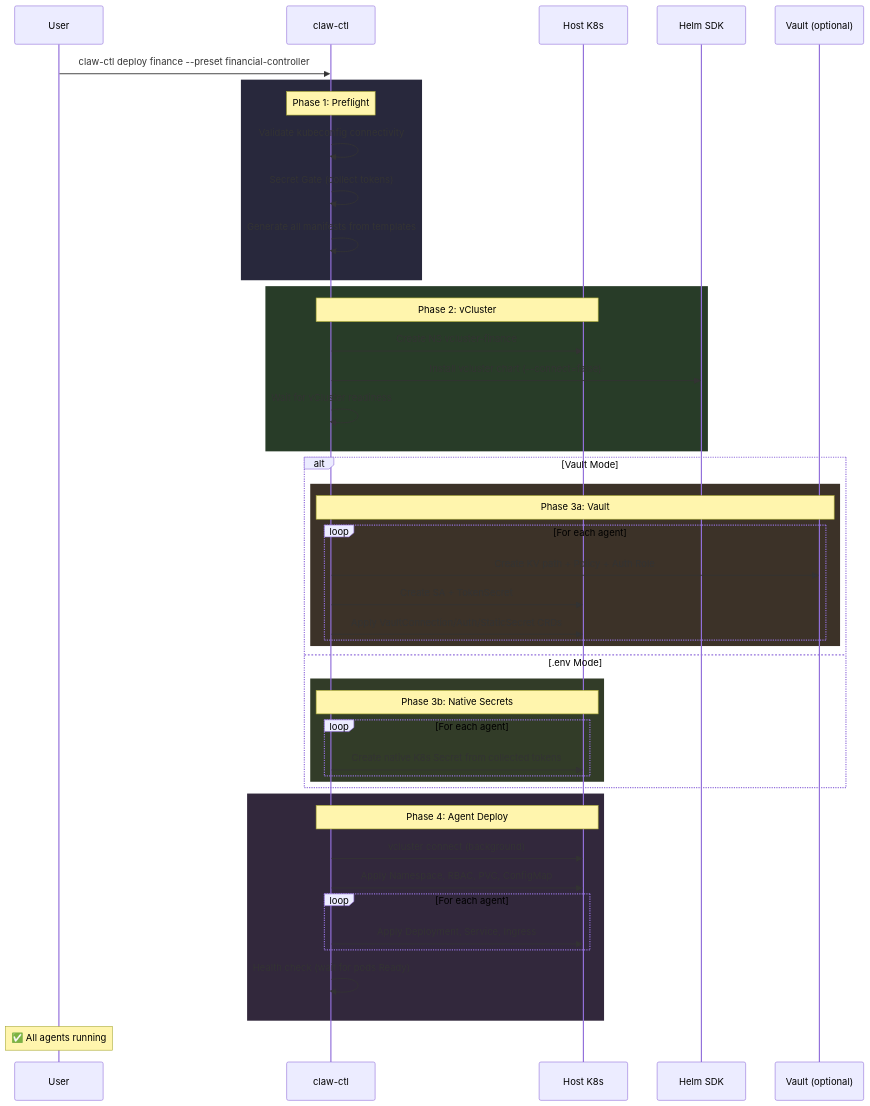
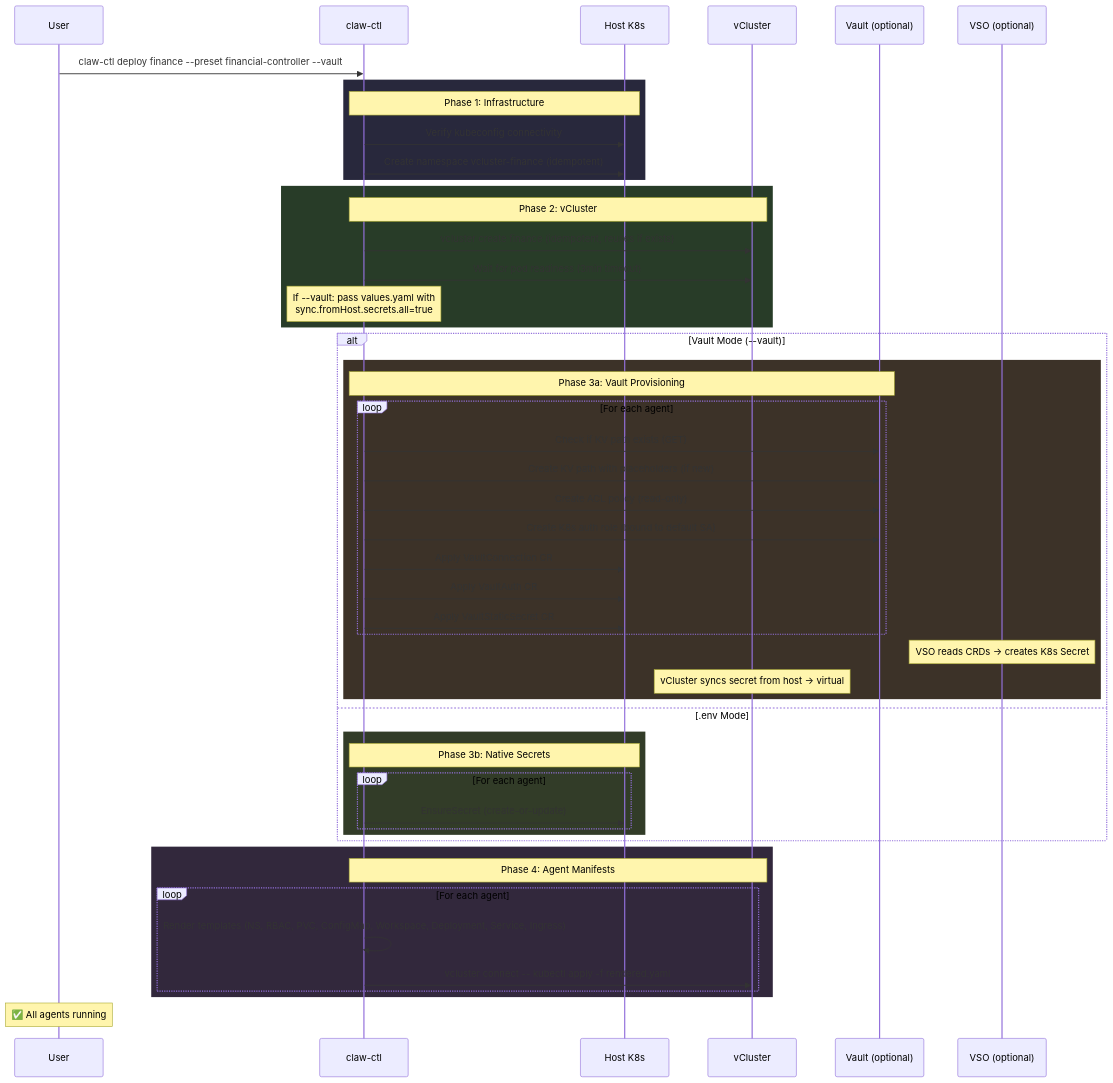
Before and after one commit to ai-agent-ship-it/claw-ctl: the second of 2 diagrams in docs/DESIGN.md, drawn with Mermaid. The commit also changed other lines of this file and 2 other files, not shown here.

First line of the commit message:
fix: correct vCluster fromHost secrets format (mappings.byName)

````diff
--- a/docs/DESIGN.md
+++ b/docs/DESIGN.md
@@ -357,54 +101,58 @@
 ```mermaid
 sequenceDiagram
     participant User
     participant CLI as claw-ctl
     participant K8s as Host K8s
-    participant Helm as Helm SDK
+    participant VC as vCluster
     participant Vault as Vault (optional)
+    participant VSO as VSO (optional)
 
-    User->>CLI: claw-ctl deploy finance --preset financial-controller
+    User->>CLI: claw-ctl deploy finance --preset financial-controller --vault
 
     rect rgb(40, 40, 60)
-    Note over CLI: Phase 1: Preflight
-    CLI->>CLI: Validate kubeconfig connectivity
-    CLI->>CLI: Secret Gate (collect tokens)
-    CLI->>CLI: Generate all manifests from templates
+    Note over CLI,K8s: Phase 1: Infrastructure
+    CLI->>K8s: Verify kubeconfig connectivity
+    CLI->>K8s: Create namespace vcluster-finance (idempotent)
     end
 
     rect rgb(40, 60, 40)
-    Note over CLI,K8s: Phase 2: vCluster
-    CLI->>K8s: Create NS vcluster-finance
-    CLI->>Helm: Install vcluster chart (--connect=false)
-    CLI->>CLI: Wait for vCluster readiness
+    Note over CLI,VC: Phase 2: vCluster
+    CLI->>VC: vcluster create finance (idempotent, reuses if exists)
+    CLI->>VC: Wait for pod readiness (3min timeout)
+    Note over CLI: If --vault: pass values.yaml with<br/>sync.fromHost.secrets.all=true
     end
 
-    alt Vault Mode
+    alt Vault Mode (--vault)
         rect rgb(60, 50, 40)
-        Note over CLI,Vault: Phase 3a: Vault
+        Note over CLI,Vault: Phase 3a: Vault Provisioning
         loop For each agent
-            CLI->>Vault: Create KV path + Policy + Auth Role
-            CLI->>K8s: Create SA + TokenSecret
-            CLI->>K8s: Apply VaultConnection/Auth/StaticSecret CRDs
+            CLI->>Vault: Check if KV path exists (GET)
+            CLI->>Vault: Create KV path with placeholders (if new)
+            CLI->>Vault: Create ACL policy (read-only)
+            CLI->>Vault: Create K8s auth role (bound to default SA)
+            CLI->>K8s: Apply VaultConnection CR
+            CLI->>K8s: Apply VaultAuth CR
+            CLI->>K8s: Apply VaultStaticSecret CR
         end
+        Note over VSO: VSO reads CRDs → creates K8s Secret
+        Note over VC: vCluster syncs secret from host → virtual
         end
     else .env Mode
         rect rgb(50, 60, 40)
         Note over CLI,K8s: Phase 3b: Native Secrets
         loop For each agent
-            CLI->>K8s: Create native K8s Secret from collected tokens
+            CLI->>K8s: EnsureSecret (create-or-update)
         end
         end
     end
 
     rect rgb(50, 40, 60)
-    Note over CLI,K8s: Phase 4: Agent Deploy
-    CLI->>K8s: vcluster connect (background)
-    CLI->>K8s: Apply Namespace, RBAC, PVC, ConfigMap
+    Note over CLI,VC: Phase 4: Agent Manifests
     loop For each agent
-        CLI->>K8s: Apply Deployment, Service, Ingress
+        CLI->>CLI: Render templates (NS, RBAC, PVC, ConfigMap, Workspace, Deployment, Service, Ingress)
+        CLI->>VC: vcluster connect -- kubectl apply -f rendered.yaml
     end
-    CLI->>CLI: Health check (wait for pods Ready)
     end
 
     Note over User: ✅ All agents running
 ```
````
